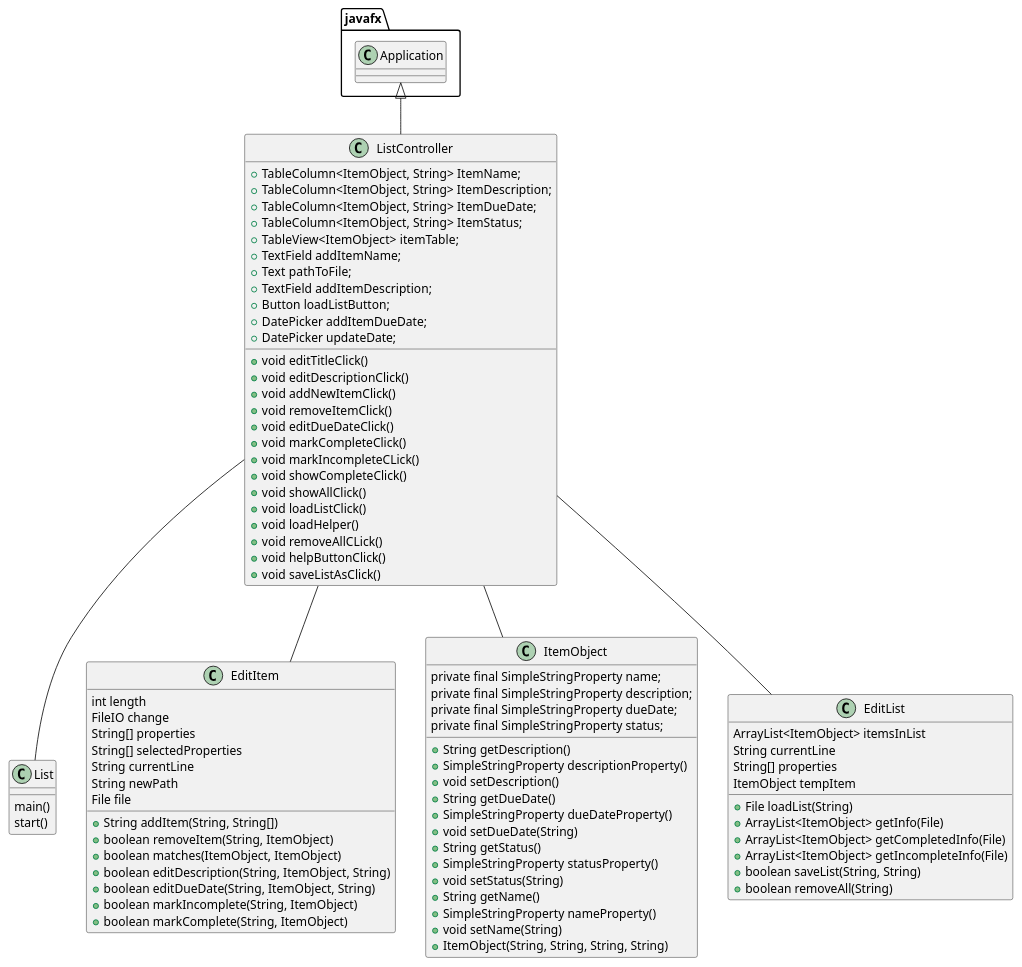
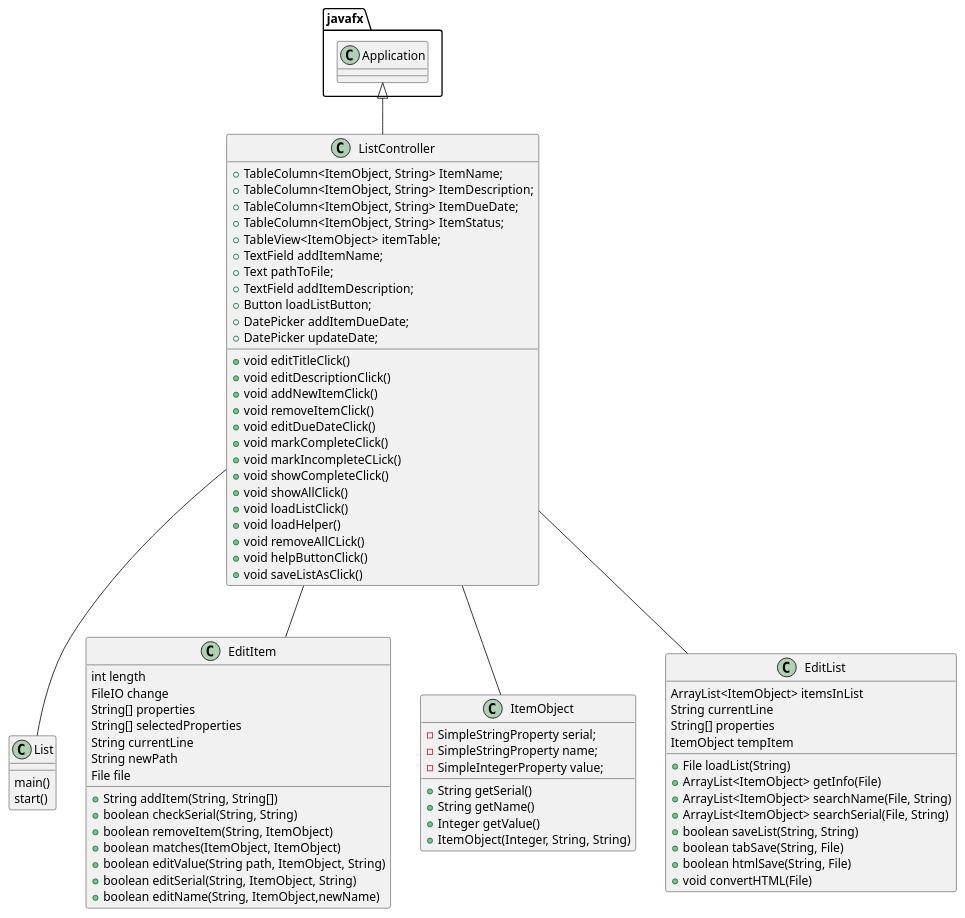
Before and after one commit to MicahPB01/Puccio-Ball-mi541047-as5: the diagram in uml/List.puml, drawn with PlantUML. The commit also changed 11 other files, not shown here.

```diff
--- a/uml/List.puml
+++ b/uml/List.puml
@@ -1,98 +1,91 @@
 @startuml
 'https://plantuml.com/sequence-diagram
 
 class List{
     main()
     start()
 
 }
 class ListController{
 +TableColumn<ItemObject, String> ItemName;
 +TableColumn<ItemObject, String> ItemDescription;
 +TableColumn<ItemObject, String> ItemDueDate;
 +TableColumn<ItemObject, String> ItemStatus;
 +TableView<ItemObject> itemTable;
 +TextField addItemName;
 +Text pathToFile;
 +TextField addItemDescription;
 +Button loadListButton;
 +DatePicker addItemDueDate;
 +DatePicker updateDate;
 +void editTitleClick()
 +void editDescriptionClick()
 +void addNewItemClick()
 +void removeItemClick()
 +void editDueDateClick()
 +void markCompleteClick()
 +void markIncompleteCLick()
 +void showCompleteClick()
 +void showAllClick()
 +void loadListClick()
 +void loadHelper()
 +void removeAllCLick()
 +void helpButtonClick()
 +void saveListAsClick()
 }
 
 class EditItem{
 int length
 FileIO change
 String[] properties
 String[] selectedProperties
 String currentLine
 String newPath
 File file
 +String addItem(String, String[])
++boolean checkSerial(String, String)
 +boolean removeItem(String, ItemObject)
 +boolean matches(ItemObject, ItemObject)
-+boolean editDescription(String, ItemObject, String)
-+boolean editDueDate(String, ItemObject, String)
-+boolean markIncomplete(String, ItemObject)
-+boolean markComplete(String, ItemObject)
++boolean editValue(String path, ItemObject, String)
++boolean editSerial(String, ItemObject, String)
++boolean editName(String, ItemObject,newName)
+
 }
 
 class ItemObject{
-    private final SimpleStringProperty name;
-    private final SimpleStringProperty description;
-    private final SimpleStringProperty dueDate;
-    private final SimpleStringProperty status;
-    +String getDescription()
-    +SimpleStringProperty descriptionProperty()
-    +void setDescription()
-    +String getDueDate()
-    +SimpleStringProperty dueDateProperty()
-    +void setDueDate(String)
-    +String getStatus()
-    +SimpleStringProperty statusProperty()
-    +void setStatus(String)
+    -SimpleStringProperty serial;
+    -SimpleStringProperty name;
+    -SimpleIntegerProperty value;
+    +String getSerial()
     +String getName()
-    +SimpleStringProperty nameProperty()
-    +void setName(String)
-    +ItemObject(String, String, String, String)
+    +Integer getValue()
+    +ItemObject(Integer, String, String)
 }
 
 class EditList{
     ArrayList<ItemObject> itemsInList
     String currentLine
     String[] properties
     ItemObject tempItem
     +File loadList(String)
     +ArrayList<ItemObject> getInfo(File)
-    +ArrayList<ItemObject> getCompletedInfo(File)
-    +ArrayList<ItemObject> getIncompleteInfo(File)
+    +ArrayList<ItemObject> searchName(File, String)
+    +ArrayList<ItemObject> searchSerial(File, String)
     +boolean saveList(String, String)
-    +boolean removeAll(String)
+    +boolean tabSave(String, File)
+    +boolean htmlSave(String, File)
+    +void convertHTML(File)
 }
 
 
 
 javafx.Application <|-- ListController
 
 ListController -- List
 ListController -- EditItem
 ListController -- ItemObject
 ListController -- EditList
 
 
 
 @enduml
```
